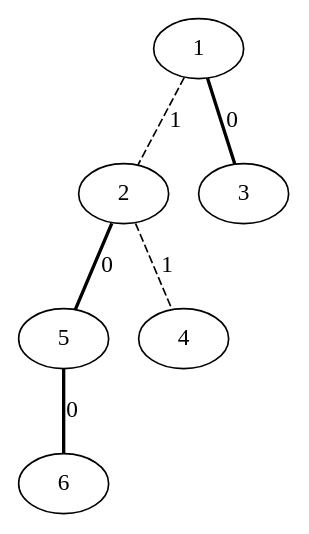
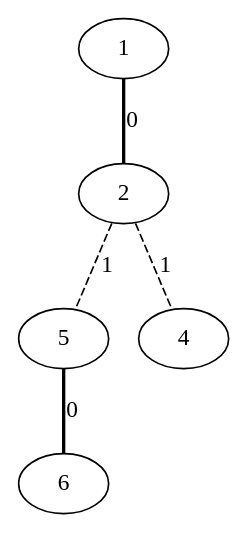
The diagram in ST-Tree/src/combined_graph.dot (Musab1Blaser/DynamicTrees_NF), drawn with Graphviz before and after one commit. The commit also changed 11 other files, not shown here.

```diff
--- a/ST-Tree/src/combined_graph.dot
+++ b/ST-Tree/src/combined_graph.dot
@@ -1,7 +1,6 @@
 graph G {
-2 -- 5 [style=bold, label=0];
 5 -- 6 [style=bold, label=0];
-1 -- 3 [style=bold, label=0];
-1 -- 2 [style=dashed, label=1];
+1 -- 2 [style=bold, label=0];
 2 -- 4 [style=dashed, label=1];
+2 -- 5 [style=dashed, label=1];
 }
```
